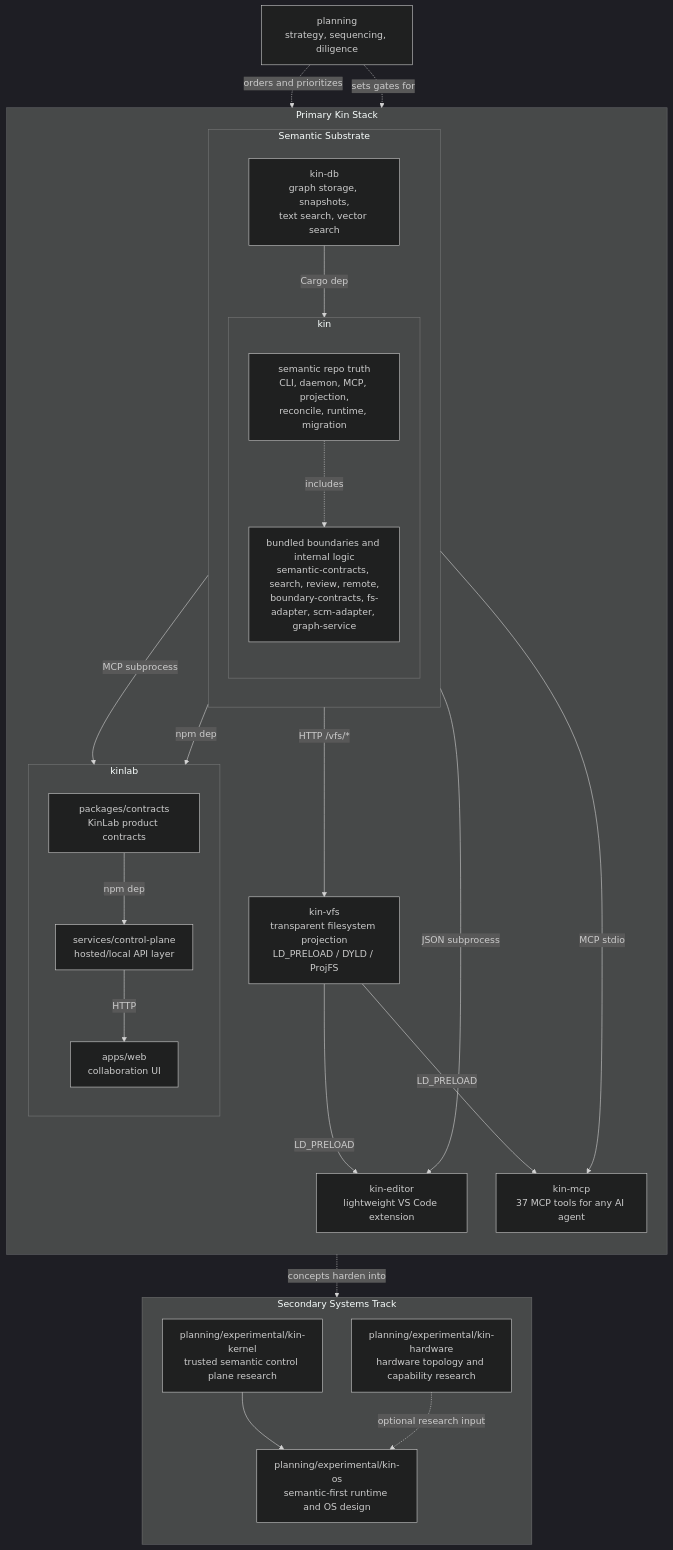
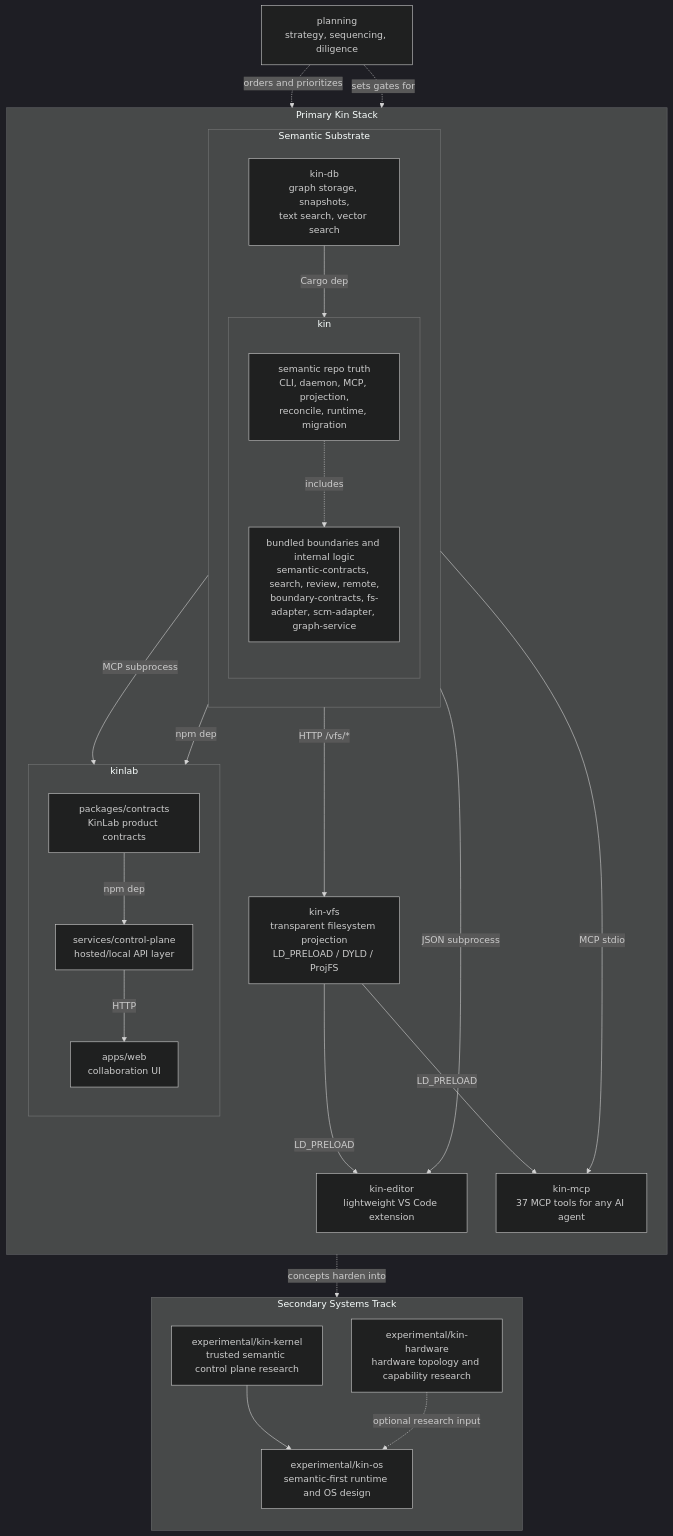
Before and after one commit to firelock-ai/kin: the diagram in docs/ecosystem-source-of-truth.md, drawn with Mermaid (dark theme). The commit also changed other lines of this file, not shown here.

Commit message:
update source-of-truth for workspace experimental path

````diff
--- a/docs/ecosystem-source-of-truth.md
+++ b/docs/ecosystem-source-of-truth.md
@@ -100,55 +100,55 @@
 ```mermaid
 flowchart TB
     KLAB["planning<br/>strategy, sequencing, diligence"]
 
     subgraph PRIMARY["Primary Kin Stack"]
         direction TB
 
         subgraph SUBSTRATE["Semantic Substrate"]
             direction TB
             KDB["kin-db<br/>graph storage, snapshots,<br/>text search, vector search"]
 
             subgraph KIN["kin"]
                 direction TB
                 KINCORE["semantic repo truth<br/>CLI, daemon, MCP, projection,<br/>reconcile, runtime, migration"]
                 KINBUNDLED["bundled boundaries and internal logic<br/>semantic-contracts, search, review, remote,<br/>boundary-contracts, fs-adapter, scm-adapter, graph-service"]
             end
         end
 
         KVFS["kin-vfs<br/>transparent filesystem projection<br/>LD_PRELOAD / DYLD / ProjFS"]
         KEDITOR["kin-editor<br/>lightweight VS Code extension"]
         KMCP["kin-mcp<br/>37 MCP tools for any AI agent"]
         subgraph KHUB["kinlab"]
             direction TB
             KHUBCONTRACTS["packages/contracts<br/>KinLab product contracts"]
             KHUBCP["services/control-plane<br/>hosted/local API layer"]
             KHUBWEB["apps/web<br/>collaboration UI"]
         end
     end
 
     subgraph EXP["Secondary Systems Track"]
         direction TB
-        KKERNEL["planning/experimental/kin-kernel<br/>trusted semantic control plane research"]
-        KOS["planning/experimental/kin-os<br/>semantic-first runtime and OS design"]
-        KHARD["planning/experimental/kin-hardware<br/>hardware topology and capability research"]
+        KKERNEL["experimental/kin-kernel<br/>trusted semantic control plane research"]
+        KOS["experimental/kin-os<br/>semantic-first runtime and OS design"]
+        KHARD["experimental/kin-hardware<br/>hardware topology and capability research"]
     end
 
     KDB -->|"Cargo dep"| KINCORE
     KINCORE -. includes .-> KINBUNDLED
     KINCORE -->|"HTTP /vfs/*"| KVFS
     KINCORE -->|"JSON subprocess"| KEDITOR
     KINCORE -->|"MCP stdio"| KMCP
     KINCORE -->|"MCP subprocess"| KHUBCP
     KVFS -->|"LD_PRELOAD"| KEDITOR
     KVFS -->|"LD_PRELOAD"| KMCP
     KINBUNDLED -->|"npm dep"| KHUBCP
     KHUBCONTRACTS -->|"npm dep"| KHUBCP
     KHUBCP -->|"HTTP"| KHUBWEB
 
     KLAB -. orders and prioritizes .-> KINCORE
     KLAB -. sets gates for .-> KHUBCP
 
     KINCORE -. concepts harden into .-> KKERNEL
     KKERNEL --> KOS
     KHARD -. optional research input .-> KOS
 ```
````
